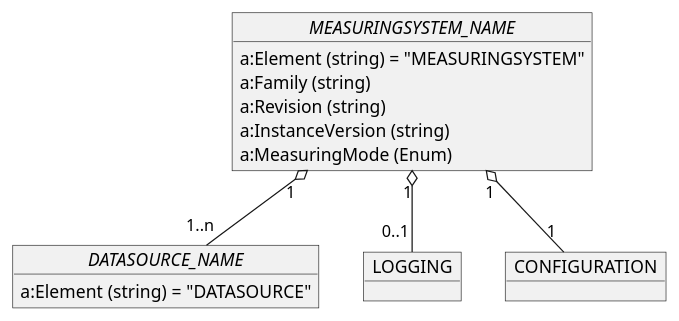
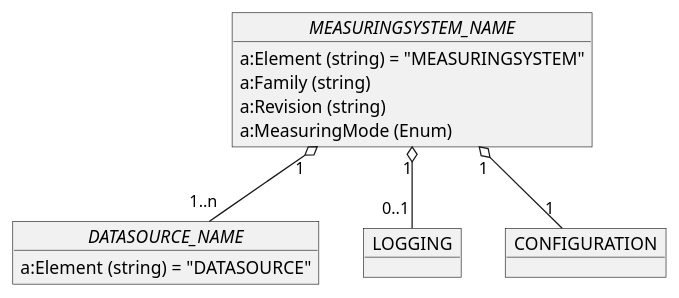
One commit to OpenRailAssociation/rcm-dx changed the ninth of 14 diagrams in images/rcm-dx-images.puml. Above: the diagram before and after it, drawn with PlantUML. The commit also changed other lines of this file and 2 other files, not shown here.

```diff
--- a/images/rcm-dx-images.puml
+++ b/images/rcm-dx-images.puml
@@ -272,20 +294,19 @@
 @startuml rcmdx_measuringsystem_group
   object "//MEASURINGSYSTEM_NAME//" as MEASURINGSYSTEM {
     a:Element (string) = "MEASURINGSYSTEM"
     a:Family (string)
     a:Revision (string)
-    a:InstanceVersion (string)
     a:MeasuringMode (Enum) 
   }
 
   object "//DATASOURCE_NAME//" as DATASOURCE {
     a:Element (string) = "DATASOURCE"
   }
   MEASURINGSYSTEM "1" o-- "1..n" DATASOURCE
 
   object LOGGING
   MEASURINGSYSTEM "1" o-- "0..1" LOGGING
 
   object "CONFIGURATION" as ms_config
   MEASURINGSYSTEM "1" o-- "1" ms_config
 @enduml
```
